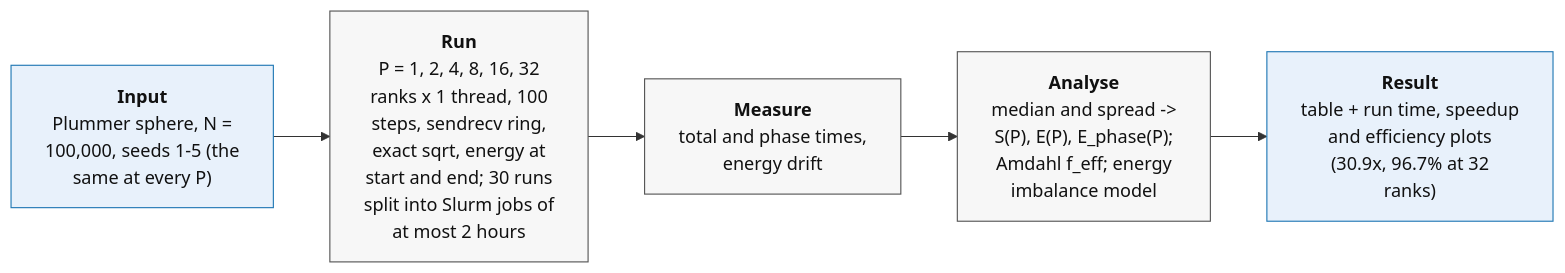
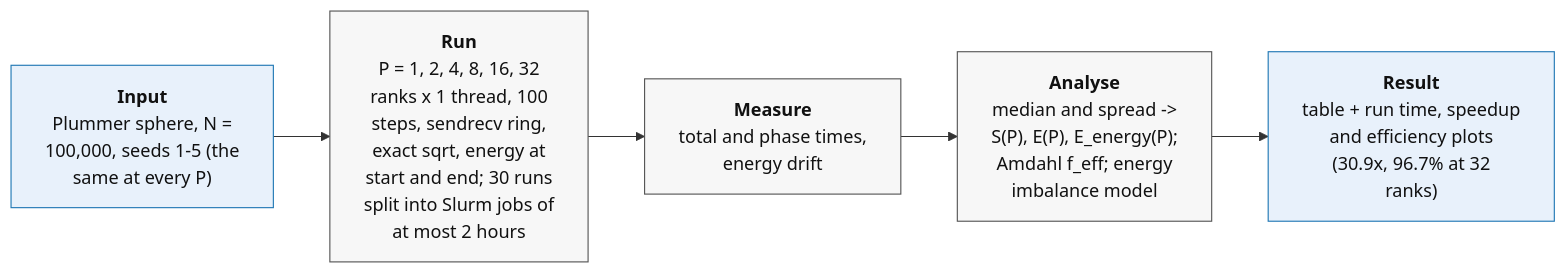
Before and after one commit to emmadariol/HPC_exam: the fourth of 16 diagrams in Nbody_serial/FINAL_REPORT.md, drawn with Mermaid. The commit also changed other lines of this file, not shown here.

````diff
--- a/Nbody_serial/FINAL_REPORT.md
+++ b/Nbody_serial/FINAL_REPORT.md
@@ -429,13 +389,13 @@
 ```mermaid
 flowchart LR
   A["<b>Input</b><br/>Plummer sphere, N =<br/>100,000, seeds 1-5 (the<br/>same at every P)"]
   B["<b>Run</b><br/>P = 1, 2, 4, 8, 16, 32<br/>ranks x 1 thread, 100<br/>steps, sendrecv ring,<br/>exact sqrt, energy at<br/>start and end; 30 runs<br/>split into Slurm jobs of<br/>at most 2 hours"]
   C["<b>Measure</b><br/>total and phase times,<br/>energy drift"]
-  D["<b>Analyse</b><br/>median and spread -><br/>S(P), E(P), E_phase(P);<br/>Amdahl f_eff; energy<br/>imbalance model"]
+  D["<b>Analyse</b><br/>median and spread -><br/>S(P), E(P), E_energy(P);<br/>Amdahl f_eff; energy<br/>imbalance model"]
   E["<b>Result</b><br/>table + run time, speedup<br/>and efficiency plots<br/>(30.9x, 96.7% at 32<br/>ranks)"]
   A --> B --> C --> D --> E
   classDef io fill:#e8f1fb,stroke:#1f77b4,color:#111;
   classDef step fill:#f7f7f7,stroke:#555,color:#111;
   class A,E io;
   class B,C,D step;
 ```
````
